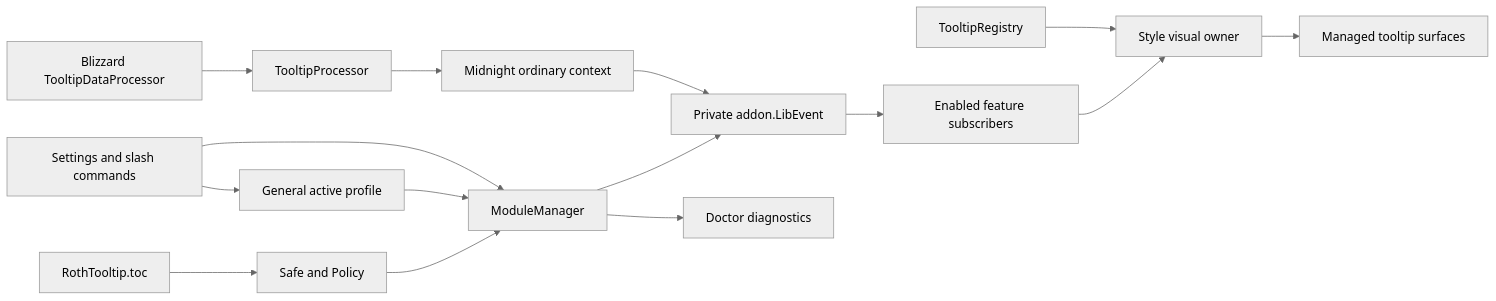
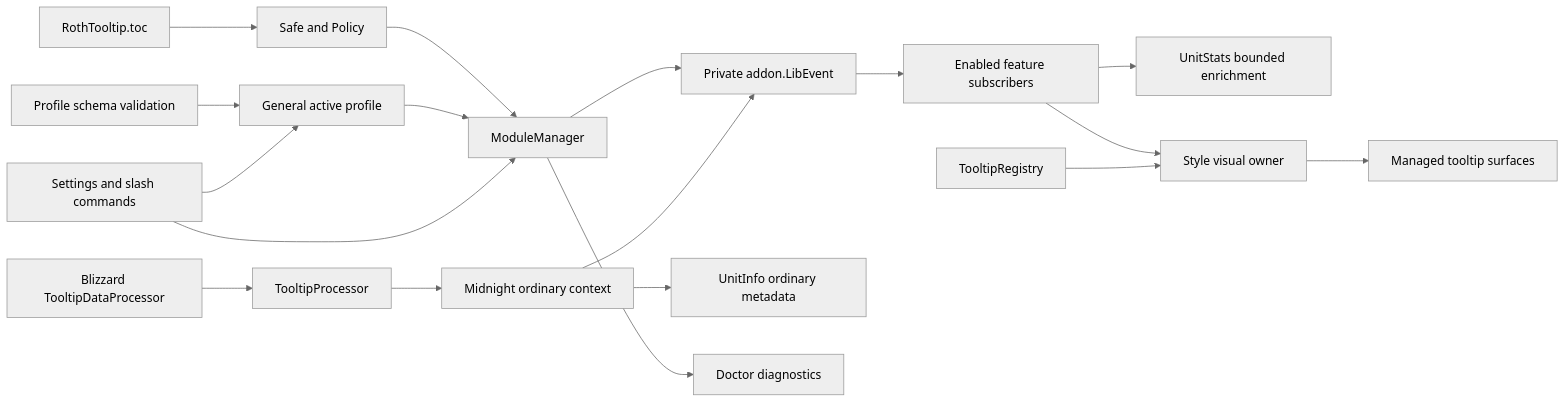
The diagram in CODE_GRAPH.md (UnknownAlienHuman/roth-tooltip), drawn with Mermaid (neutral theme) before and after one commit. The commit also changed 66 other files, not shown here.

First line of the commit message:
refactor: finish tooltip context, profiles and enrichment ownership audit

````diff
--- a/CODE_GRAPH.md
+++ b/CODE_GRAPH.md
@@ -3,17 +3,20 @@
 ```mermaid
 flowchart LR
   TOC[RothTooltip.toc] --> Safe[Safe and Policy]
   Safe --> MM[ModuleManager]
   MM --> Bus[Private addon.LibEvent]
   Blizzard[Blizzard TooltipDataProcessor] --> Processor[TooltipProcessor]
   Processor --> Context[Midnight ordinary context]
   Context --> Bus
-  General[General active profile] --> MM
+  Profile[Profile schema validation] --> General[General active profile]
+  General --> MM
+  Context --> UnitInfo[UnitInfo ordinary metadata]
+  Modules --> Stats[UnitStats bounded enrichment]
   Options[Settings and slash commands] --> MM
   Options --> General
   Bus --> Modules[Enabled feature subscribers]
   Modules --> Style[Style visual owner]
   Registry[TooltipRegistry] --> Style
   Style --> Tooltips[Managed tooltip surfaces]
   MM --> Doctor[Doctor diagnostics]
 ```
````
